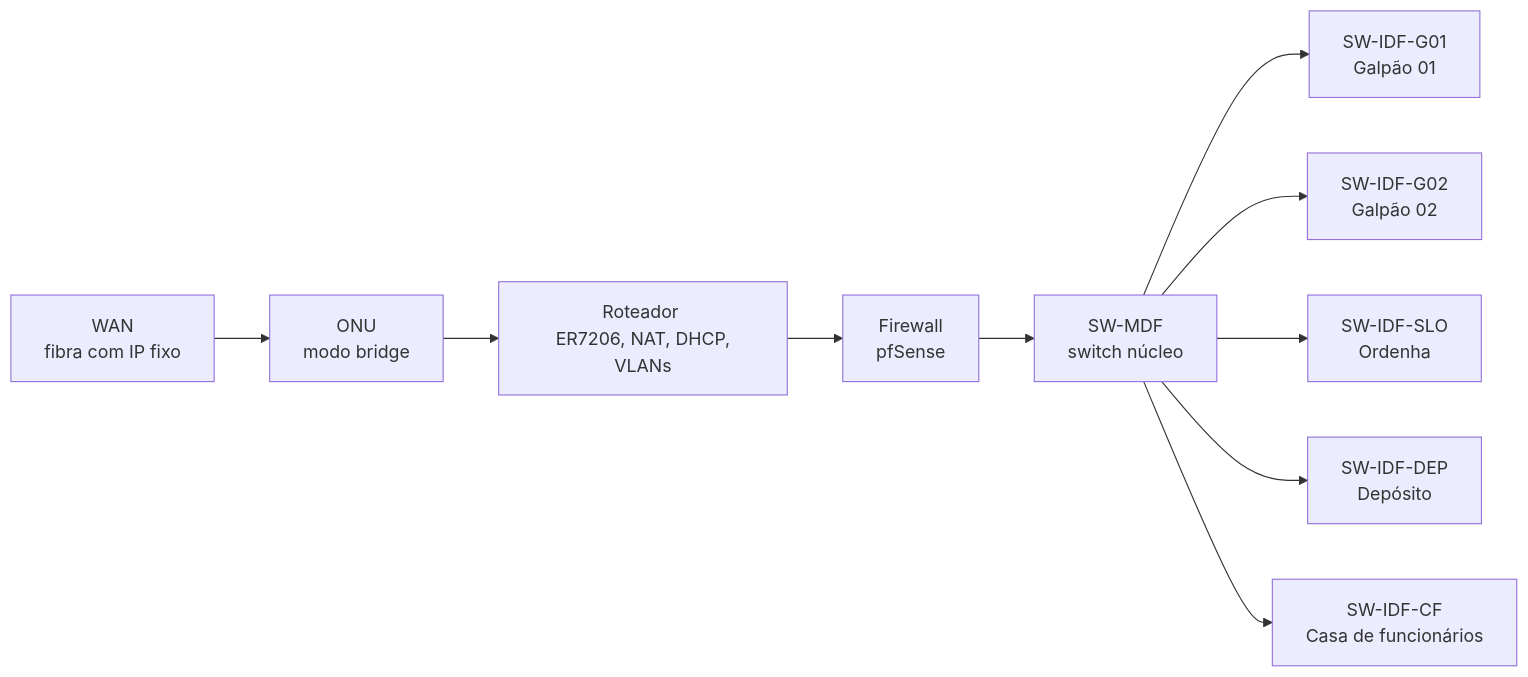
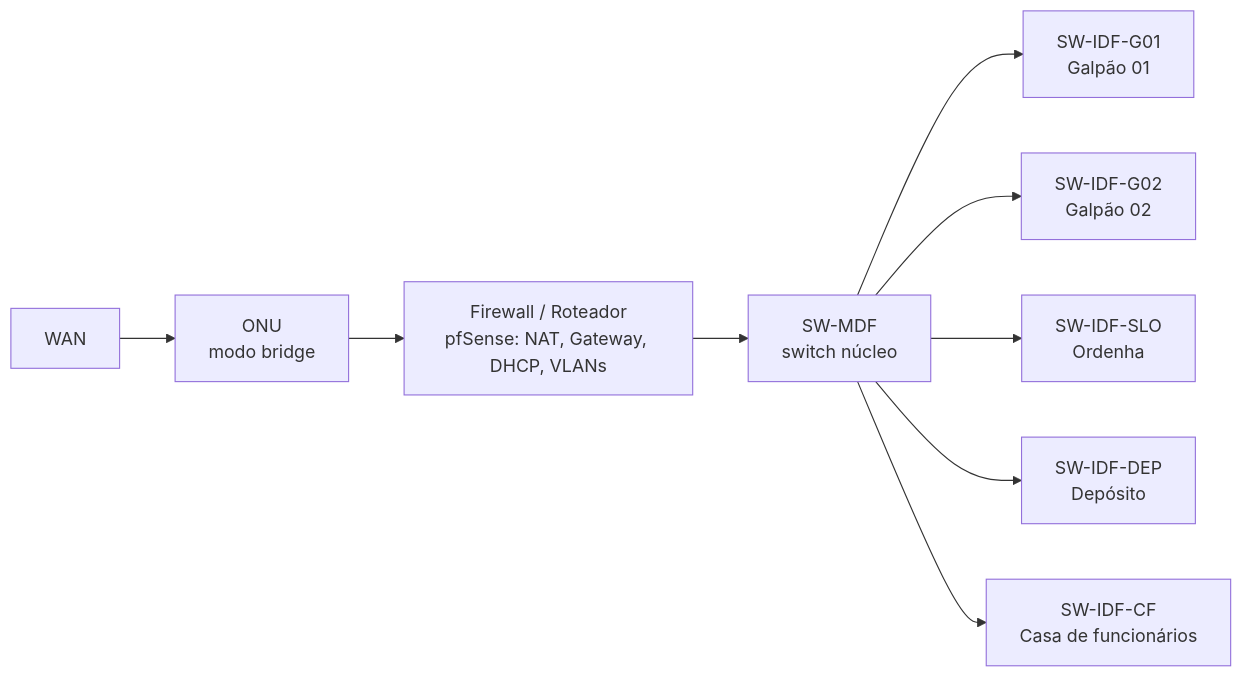
Before and after one commit to GabrielSchiavo/projeto-rede-fazenda: the diagram in README.md, drawn with Mermaid. The commit also changed other lines of this file and 35 other files, not shown here.

````diff
--- a/README.md
+++ b/README.md
@@ -45,11 +50,11 @@
 ```mermaid
 flowchart LR
-    WAN[WAN<br/>fibra com IP fixo] --> ONU[ONU<br/>modo bridge]
-    ONU --> ROUTER[Roteador <br/> ER7206, NAT, DHCP, VLANs] --> FW[Firewall <br/> pfSense<br/>]
+    WAN[WAN<br/>] --> ONU[ONU<br/>modo bridge]
+    ONU --> FW[Firewall / Roteador<br/>pfSense: NAT, Gateway, DHCP, VLANs]
     FW --> CORE[SW-MDF<br/>switch núcleo]
     CORE --> G01[SW-IDF-G01<br/>Galpão 01]
     CORE --> G02[SW-IDF-G02<br/>Galpão 02]
     CORE --> SLO[SW-IDF-SLO<br/>Ordenha]
     CORE --> DEP[SW-IDF-DEP<br/>Depósito]
     CORE --> CF[SW-IDF-CF<br/>Casa de funcionários]
 ```
````
